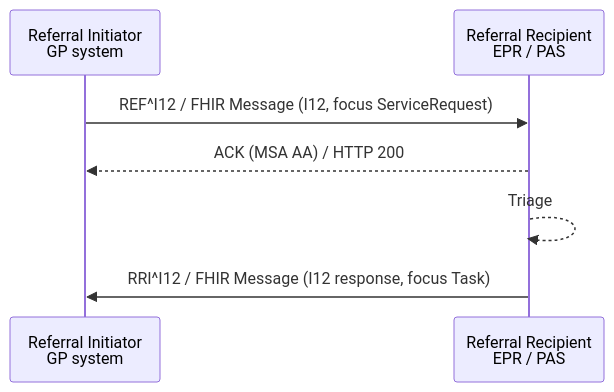
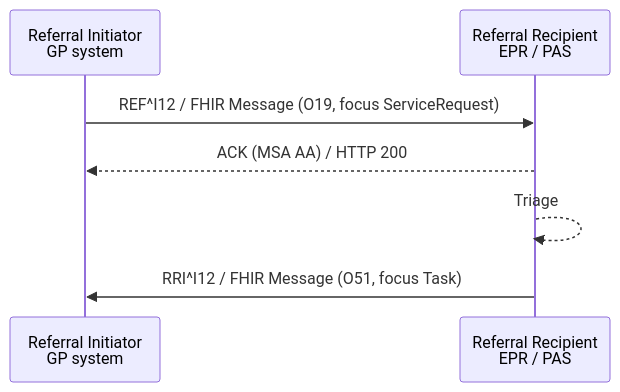
The diagram in input/pagecontent/I12.md (KevinMayfield/PatientCareCoordination), drawn with Mermaid before and after one commit. The commit also changed other lines of this file and 15 other files, not shown here.

````diff
--- a/input/pagecontent/I12.md
+++ b/input/pagecontent/I12.md
@@ -30,9 +42,9 @@
 ```mermaid
 sequenceDiagram
     participant RI as Referral Initiator<br/>GP system
     participant RR as Referral Recipient<br/>EPR / PAS
-    RI ->> RR: REF^I12 / FHIR Message (I12, focus ServiceRequest)
+    RI ->> RR: REF^I12 / FHIR Message (O19, focus ServiceRequest)
     RR -->> RI: ACK (MSA AA) / HTTP 200
     RR -->> RR: Triage
-    RR ->> RI: RRI^I12 / FHIR Message (I12 response, focus Task)
+    RR ->> RI: RRI^I12 / FHIR Message (O51, focus Task)
 ```
````
